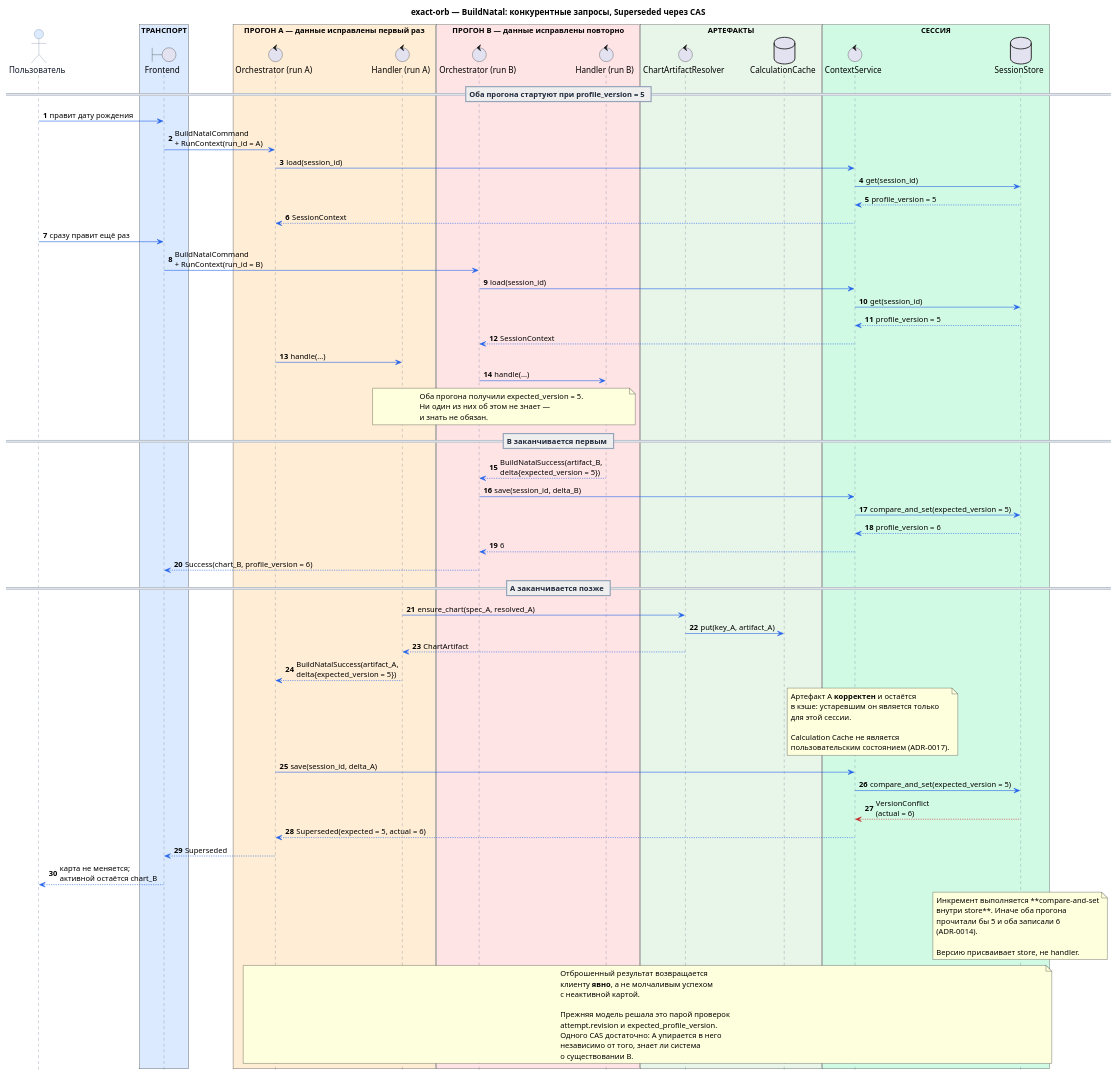
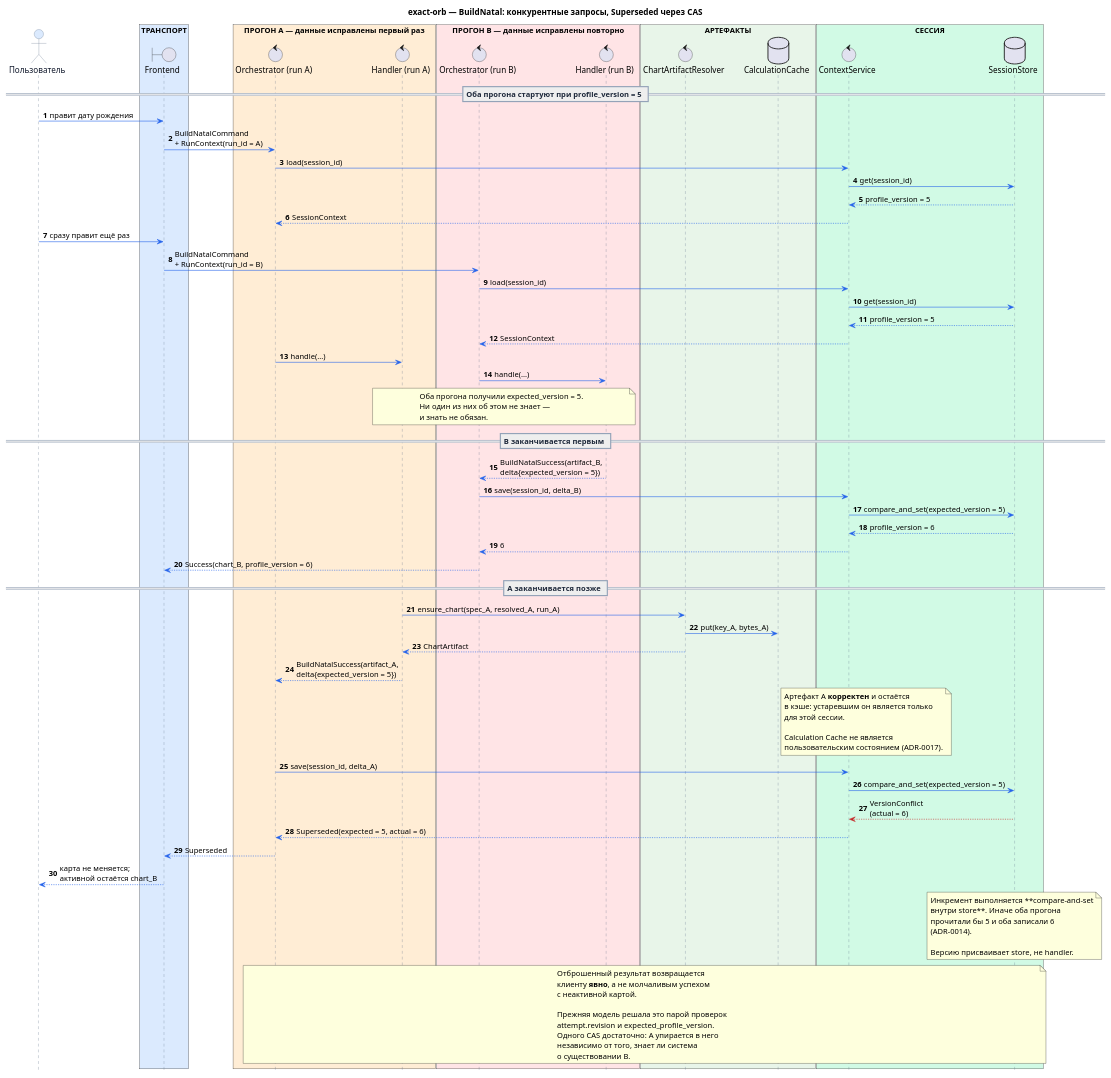
One commit to unemployedITshnik/exact-orb-demo changed the diagram in docs/sequence_diagrams/build_natal/006-build_natal_superseded_cas.puml. Above: the diagram before and after it, drawn with PlantUML. The commit also changed 49 other files, not shown here.

First line of the commit message:
feat(calculation): add chart artifact pipeline layers

```diff
--- a/docs/sequence_diagrams/build_natal/006-build_natal_superseded_cas.puml
+++ b/docs/sequence_diagrams/build_natal/006-build_natal_superseded_cas.puml
@@ -1,146 +1,146 @@
 @startuml
 title exact-orb — BuildNatal: конкурентные запросы, Superseded через CAS
 
 ' Замена правилу latest accepted build wins из прежней модели.
 ' BuildAttempt и build_revision не используются (ADR-0012).
 
 autonumber
 hide footbox
 
 skinparam shadowing false
 skinparam responseMessageBelowArrow true
 
 skinparam sequence {
     ArrowColor #2563EB
     LifeLineBorderColor #64748B
     LifeLineBackgroundColor #FFFFFF
 
     ParticipantBorderColor #64748B
     ParticipantFontColor #0F172A
     ParticipantBackgroundColor #F8FAFC
 
     ActorBorderColor #64748B
     ActorFontColor #0F172A
     ActorBackgroundColor #DBEAFE
 
     GroupBorderColor #94A3B8
     GroupHeaderFontColor #1E293B
 
     DividerBorderColor #94A3B8
     DividerFontColor #1E293B
 
     NoteBorderColor #94A3B8
     NoteBackgroundColor #FFFBEA
     NoteFontColor #334155
 }
 
 actor "Пользователь" as User
 
 box "ТРАНСПОРТ" #DBEAFE
     boundary "Frontend" as FE
 end box
 
 box "ПРОГОН A — данные исправлены первый раз" #FFEDD5
     control "Orchestrator (run A)" as OrchA
     control "Handler (run A)" as HandlerA
 end box
 
 box "ПРОГОН B — данные исправлены повторно" #FFE4E6
     control "Orchestrator (run B)" as OrchB
     control "Handler (run B)" as HandlerB
 end box
 
 box "АРТЕФАКТЫ" #E8F5E9
     control "ChartArtifactResolver" as Artifacts
     database "CalculationCache" as Cache
 end box
 
 box "СЕССИЯ" #D1FAE5
     control "ContextService" as Context
     database "SessionStore" as Store
 end box
 
 
 == Оба прогона стартуют при profile_version = 5 ==
 
 User -> FE : правит дату рождения
 FE -> OrchA : BuildNatalCommand\n+ RunContext(run_id = A)
 OrchA -> Context : load(session_id)
 Context -> Store : get(session_id)
 Store --> Context : profile_version = 5
 Context --> OrchA : SessionContext
 
 User -> FE : сразу правит ещё раз
 FE -> OrchB : BuildNatalCommand\n+ RunContext(run_id = B)
 OrchB -> Context : load(session_id)
 Context -> Store : get(session_id)
 Store --> Context : profile_version = 5
 Context --> OrchB : SessionContext
 
 OrchA -> HandlerA : handle(...)
 OrchB -> HandlerB : handle(...)
 
 note over HandlerA, HandlerB
 Оба прогона получили expected_version = 5.
 Ни один из них об этом не знает —
 и знать не обязан.
 end note
 
 
 == B заканчивается первым ==
 
 HandlerB --> OrchB : BuildNatalSuccess(artifact_B,\ndelta{expected_version = 5})
 OrchB -> Context : save(session_id, delta_B)
 Context -> Store : compare_and_set(expected_version = 5)
 Store --> Context : profile_version = 6
 Context --> OrchB : 6
 OrchB --> FE : Success(chart_B, profile_version = 6)
 
 
 == A заканчивается позже ==
 
-HandlerA -> Artifacts : ensure_chart(spec_A, resolved_A)
-Artifacts -> Cache : put(key_A, artifact_A)
+HandlerA -> Artifacts : ensure_chart(spec_A, resolved_A, run_A)
+Artifacts -> Cache : put(key_A, bytes_A)
 Artifacts --> HandlerA : ChartArtifact
 
 HandlerA --> OrchA : BuildNatalSuccess(artifact_A,\ndelta{expected_version = 5})
 
 note right of Cache
 Артефакт A **корректен** и остаётся
 в кэше: устаревшим он является только
 для этой сессии.
 
 Calculation Cache не является
 пользовательским состоянием (ADR-0017).
 end note
 
 OrchA -> Context : save(session_id, delta_A)
 Context -> Store : compare_and_set(expected_version = 5)
 Store -[#C62828]-> Context : VersionConflict\n(actual = 6)
 Context --> OrchA : Superseded(expected = 5, actual = 6)
 
 OrchA --> FE : Superseded
 FE --> User : карта не меняется;\nактивной остаётся chart_B
 
 note over Store
 Инкремент выполняется **compare-and-set
 внутри store**. Иначе оба прогона
 прочитали бы 5 и оба записали 6
 (ADR-0014).
 
 Версию присваивает store, не handler.
 end note
 
 note over OrchA, Store
 Отброшенный результат возвращается
 клиенту **явно**, а не молчаливым успехом
 с неактивной картой.
 
 Прежняя модель решала это парой проверок
 attempt.revision и expected_profile_version.
 Одного CAS достаточно: A упирается в него
 независимо от того, знает ли система
 о существовании B.
 end note
 
 @enduml
```
